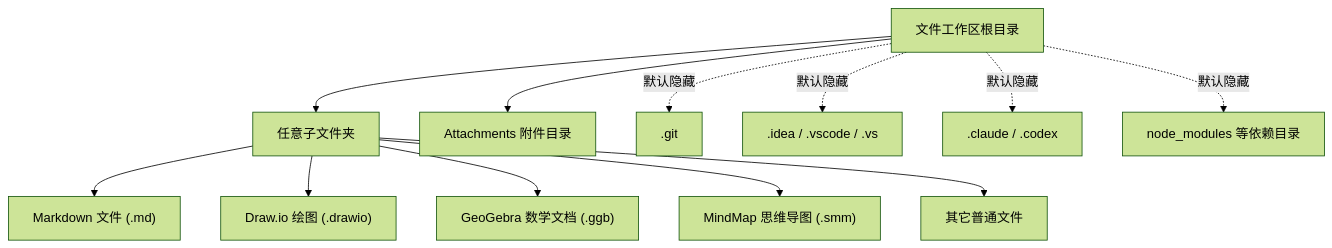
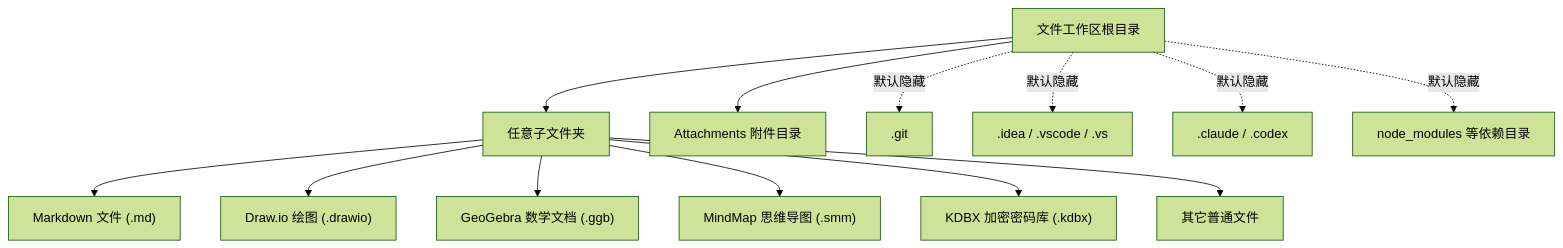
One commit to scott20201225/marktext-pro changed the first of 2 diagrams in README.md. Above: the diagram before and after it, drawn with Mermaid (forest theme). The commit also changed other lines of this file and 133 other files, not shown here.

````diff
--- a/README.md
+++ b/README.md
@@ -125,14 +127,15 @@
 ```mermaid
 flowchart TD
   Root["文件工作区根目录"] --> Folder["任意子文件夹"]
   Folder --> Markdown["Markdown 文件 (.md)"]
   Folder --> Drawio["Draw.io 绘图 (.drawio)"]
   Folder --> GGB["GeoGebra 数学文档 (.ggb)"]
   Folder --> MindMap["MindMap 思维导图 (.smm)"]
+  Folder --> KDBX["KDBX 加密密码库 (.kdbx)"]
   Folder --> Other["其它普通文件"]
   Root --> Attach["Attachments 附件目录"]
   Root -. "默认隐藏" .-> Git[".git"]
   Root -. "默认隐藏" .-> IDE[".idea / .vscode / .vs"]
   Root -. "默认隐藏" .-> Agent[".claude / .codex"]
   Root -. "默认隐藏" .-> Deps["node_modules 等依赖目录"]
 ```
````
